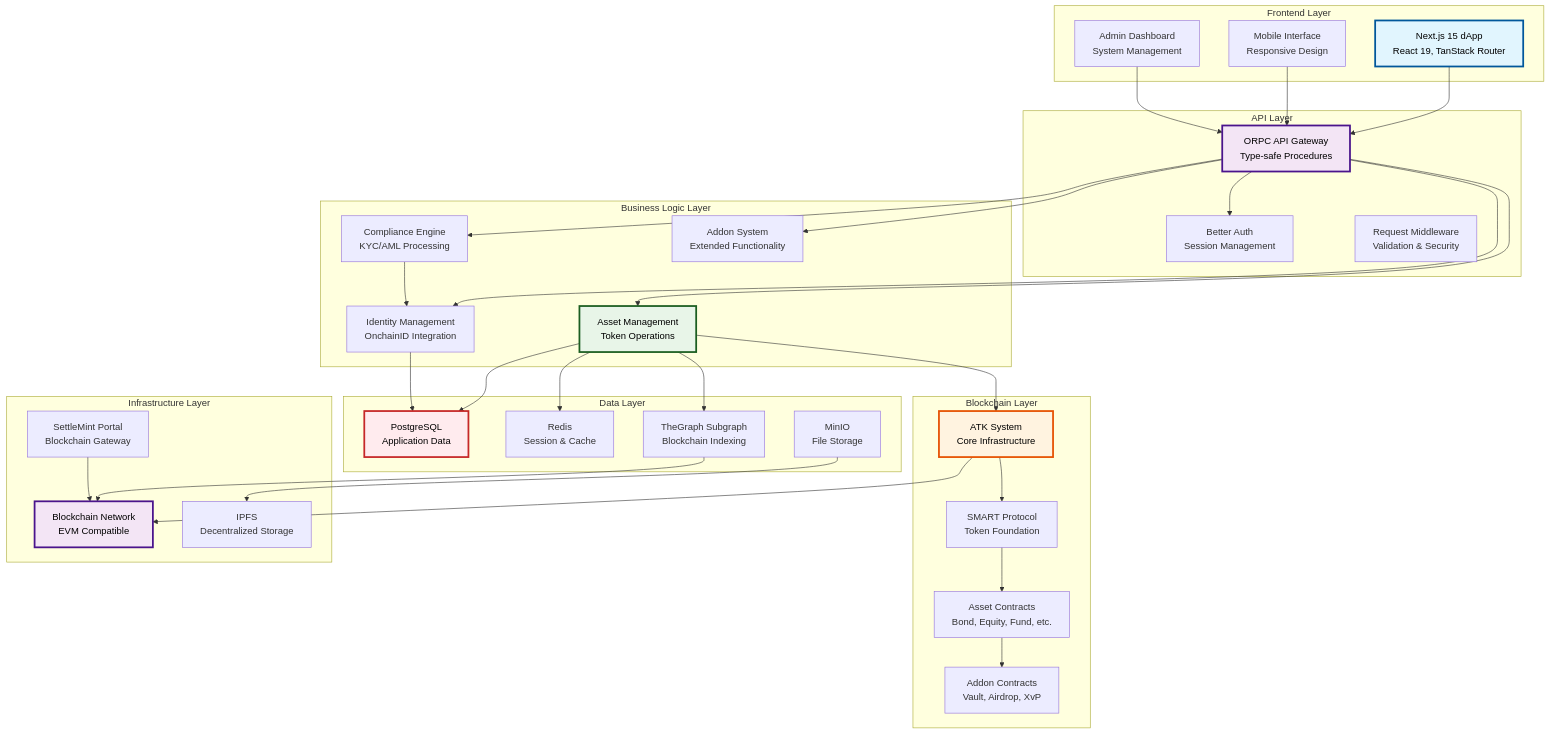
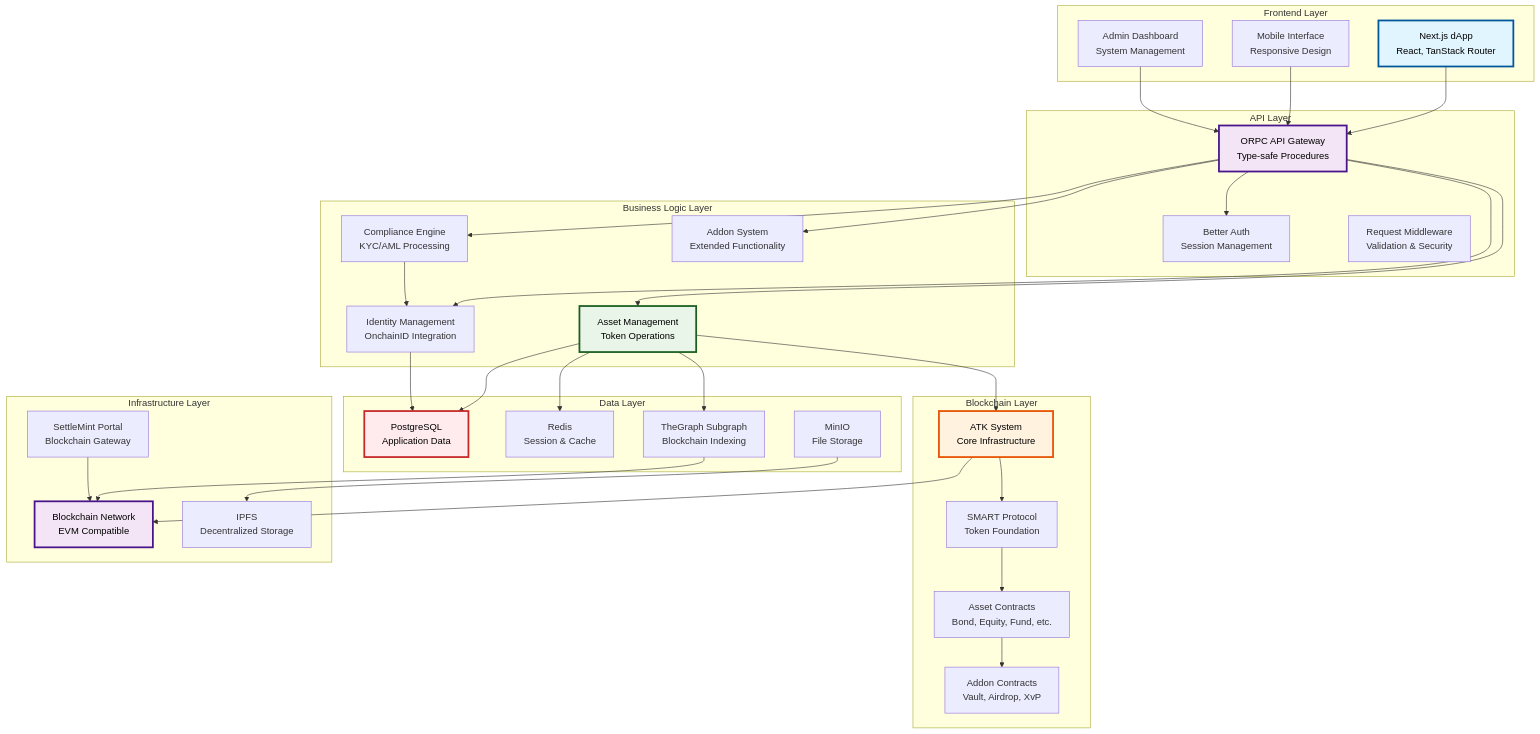
The first of 10 diagrams in kit/docs/content/docs/01-system-overview.md (settlemint/asset-tokenization-kit), drawn with Mermaid before and after one commit. The commit also changed other lines of this file and 8 other files, not shown here.

````diff
--- a/kit/docs/content/docs/01-system-overview.md
+++ b/kit/docs/content/docs/01-system-overview.md
@@ -29,78 +29,78 @@
 ```mermaid
 graph TB
     subgraph "Frontend Layer"
-        UI[Next.js 15 dApp<br/>React 19, TanStack Router]
+        UI[Next.js dApp<br/>React, TanStack Router]
         Mobile[Mobile Interface<br/>Responsive Design]
         Admin[Admin Dashboard<br/>System Management]
     end
-    
+
     subgraph "API Layer"
         ORPC[ORPC API Gateway<br/>Type-safe Procedures]
         Auth[Better Auth<br/>Session Management]
         Middleware[Request Middleware<br/>Validation & Security]
     end
-    
+
     subgraph "Business Logic Layer"
         AssetMgmt[Asset Management<br/>Token Operations]
         Compliance[Compliance Engine<br/>KYC/AML Processing]
         Identity[Identity Management<br/>OnchainID Integration]
         Addon[Addon System<br/>Extended Functionality]
     end
-    
+
     subgraph "Data Layer"
         PostgreSQL[PostgreSQL<br/>Application Data]
         Redis[Redis<br/>Session & Cache]
         MinIO[MinIO<br/>File Storage]
         Subgraph[TheGraph Subgraph<br/>Blockchain Indexing]
     end
-    
+
     subgraph "Blockchain Layer"
         ATKSystem[ATK System<br/>Core Infrastructure]
         SMART[SMART Protocol<br/>Token Foundation]
         Assets[Asset Contracts<br/>Bond, Equity, Fund, etc.]
         Addons[Addon Contracts<br/>Vault, Airdrop, XvP]
     end
-    
+
     subgraph "Infrastructure Layer"
         Blockchain[Blockchain Network<br/>EVM Compatible]
         IPFS[IPFS<br/>Decentralized Storage]
         Portal[SettleMint Portal<br/>Blockchain Gateway]
     end
-    
+
     %% Connections
     UI --> ORPC
     Mobile --> ORPC
     Admin --> ORPC
-    
+
     ORPC --> Auth
     ORPC --> AssetMgmt
     ORPC --> Compliance
     ORPC --> Identity
     ORPC --> Addon
-    
+
     AssetMgmt --> PostgreSQL
     AssetMgmt --> Redis
     AssetMgmt --> Subgraph
     AssetMgmt --> ATKSystem
-    
+
     Compliance --> Identity
     Identity --> PostgreSQL
-    
+
     ATKSystem --> SMART
     SMART --> Assets
     Assets --> Addons
-    
+
     Subgraph --> Blockchain
     ATKSystem --> Blockchain
     Portal --> Blockchain
-    
+
     MinIO --> IPFS
-    
+
     %% Styling
     style UI fill:#e1f5fe,stroke:#01579b,color:#000000,stroke-width:3px
     style ORPC fill:#f3e5f5,stroke:#4a148c,color:#000000,stroke-width:3px
     style AssetMgmt fill:#e8f5e8,stroke:#1b5e20,color:#000000,stroke-width:3px
     style ATKSystem fill:#fff3e0,stroke:#e65100,color:#000000,stroke-width:3px
     style PostgreSQL fill:#ffebee,stroke:#c62828,color:#000000,stroke-width:3px
     style Blockchain fill:#f3e5f5,stroke:#4a148c,color:#000000,stroke-width:3px
 ```
````
